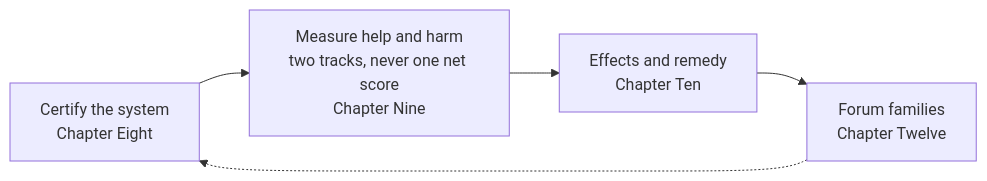
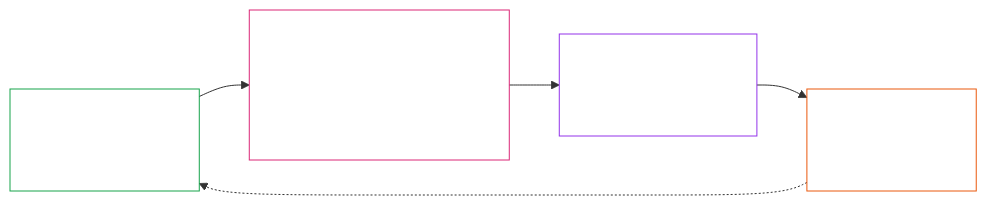
The diagram in implementation/PROCESS_PIPELINES_READER.md (kfoelsch/Sentient_Constitution), drawn with Mermaid before and after one commit. The commit also changed 22 other files, not shown here.

````diff
--- a/implementation/PROCESS_PIPELINES_READER.md
+++ b/implementation/PROCESS_PIPELINES_READER.md
@@ -21,7 +21,11 @@
 ```mermaid
 flowchart LR
-  C[Certify the system<br/>Chapter Eight] --> S[Measure help and harm<br/>two tracks, never one net score<br/>Chapter Nine]
-  S --> E[Effects and remedy<br/>Chapter Ten]
-  E --> F[Forum families<br/>Chapter Twelve]
+  C[Certify the system<br/><br/>Chapter Eight] --> S[Measure help and harm<br/><br/>two tracks, never one net score<br/>Chapter Nine]
+  S --> E[Effects and remedy<br/><br/>Chapter Ten]
+  E --> F[Forum families<br/><br/>Chapter Twelve]
   F -.-> C
+  style C fill:none,stroke:#16a34a,color:#ffffff
+  style S fill:none,stroke:#db2777,color:#ffffff
+  style E fill:none,stroke:#9333ea,color:#ffffff
+  style F fill:none,stroke:#ea580c,color:#ffffff
 ```
````
